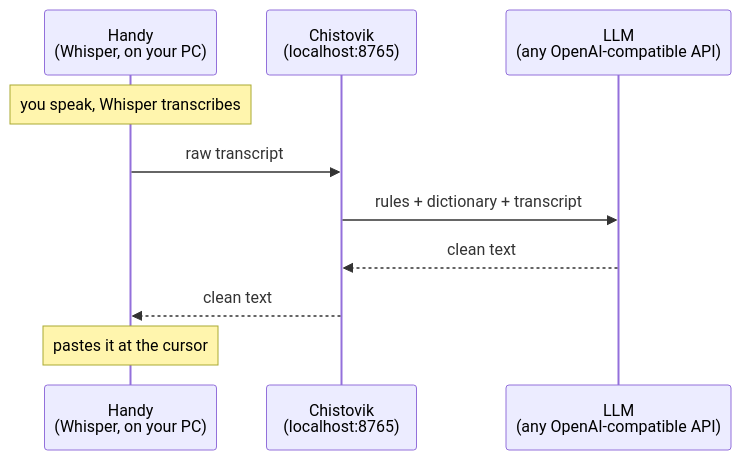
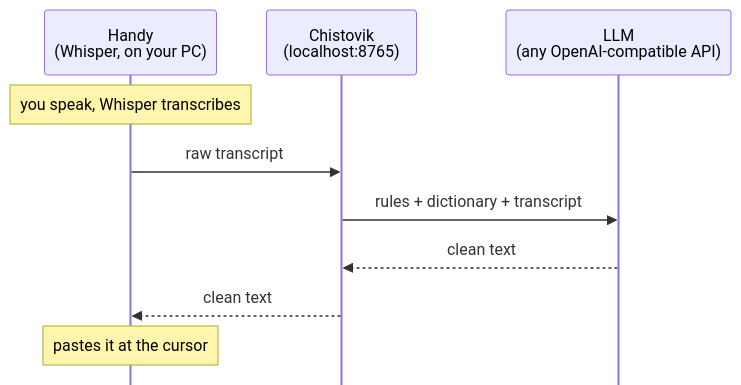
One commit to Tataut/chistovik changed the diagram in README.md. Above: the diagram before and after it, drawn with Mermaid.

Commit message:
README: no mirrored actors in the diagram

````diff
--- a/README.md
+++ b/README.md
@@ -37,12 +37,13 @@
 ```mermaid
+%%{init: {"sequence": {"mirrorActors": false}}}%%
 sequenceDiagram
     participant H as Handy<br/>(Whisper, on your PC)
     participant C as Chistovik<br/>(localhost:8765)
     participant L as LLM<br/>(any OpenAI-compatible API)
     Note over H: you speak, Whisper transcribes
     H->>C: raw transcript
     C->>L: rules + dictionary + transcript
     L-->>C: clean text
     C-->>H: clean text
     Note over H: pastes it at the cursor
 ```
````
